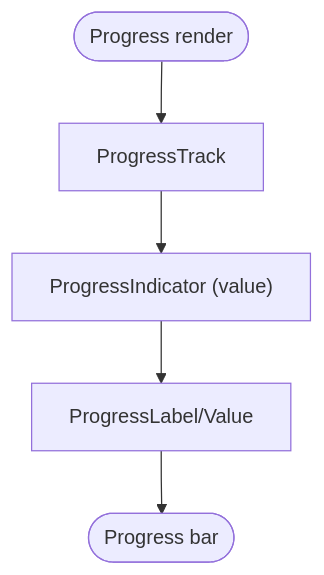
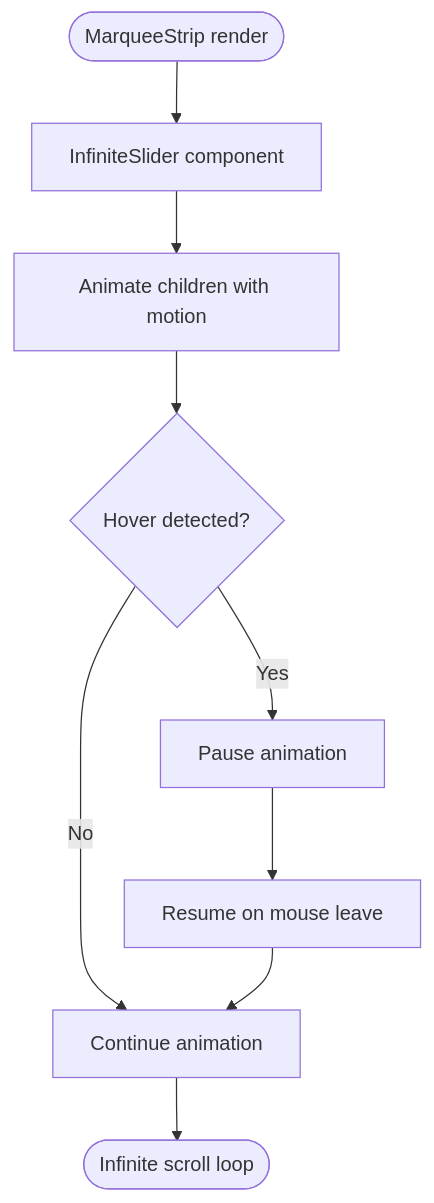
The sixth of 7 diagrams in .qoder/repowiki/en/content/Core Components/UI Component Library.md (MudassarAbrar/FreshRoute-Ai), drawn with Mermaid before and after one commit. The commit also changed other lines of this file and 4 other files, not shown here.

````diff
--- a/.qoder/repowiki/en/content/Core Components/UI Component Library.md
+++ b/.qoder/repowiki/en/content/Core Components/UI Component Library.md
@@ -303,7 +241,11 @@
 ```mermaid
 flowchart TD
-PStart(["Progress render"]) --> T["ProgressTrack"]
-T --> I["ProgressIndicator (value)"]
-I --> L["ProgressLabel/Value"]
-L --> PEnd(["Progress bar"])
+MSStart(["MarqueeStrip render"]) --> IS["InfiniteSlider component"]
+IS --> AN["Animate children with motion"]
+AN --> HO{"Hover detected?"}
+HO --> |Yes| PAUSE["Pause animation"]
+HO --> |No| CONT["Continue animation"]
+PAUSE --> RESUME["Resume on mouse leave"]
+RESUME --> CONT
+CONT --> MSEnd(["Infinite scroll loop"])
 ```
````
